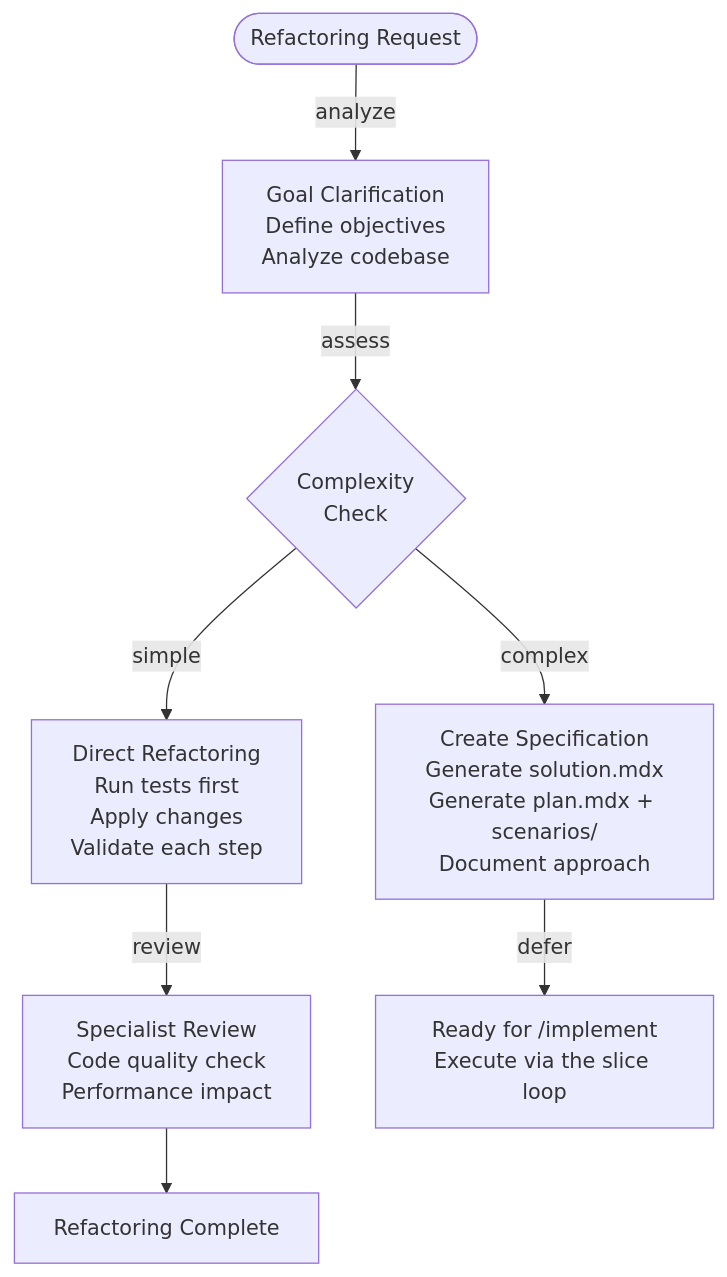
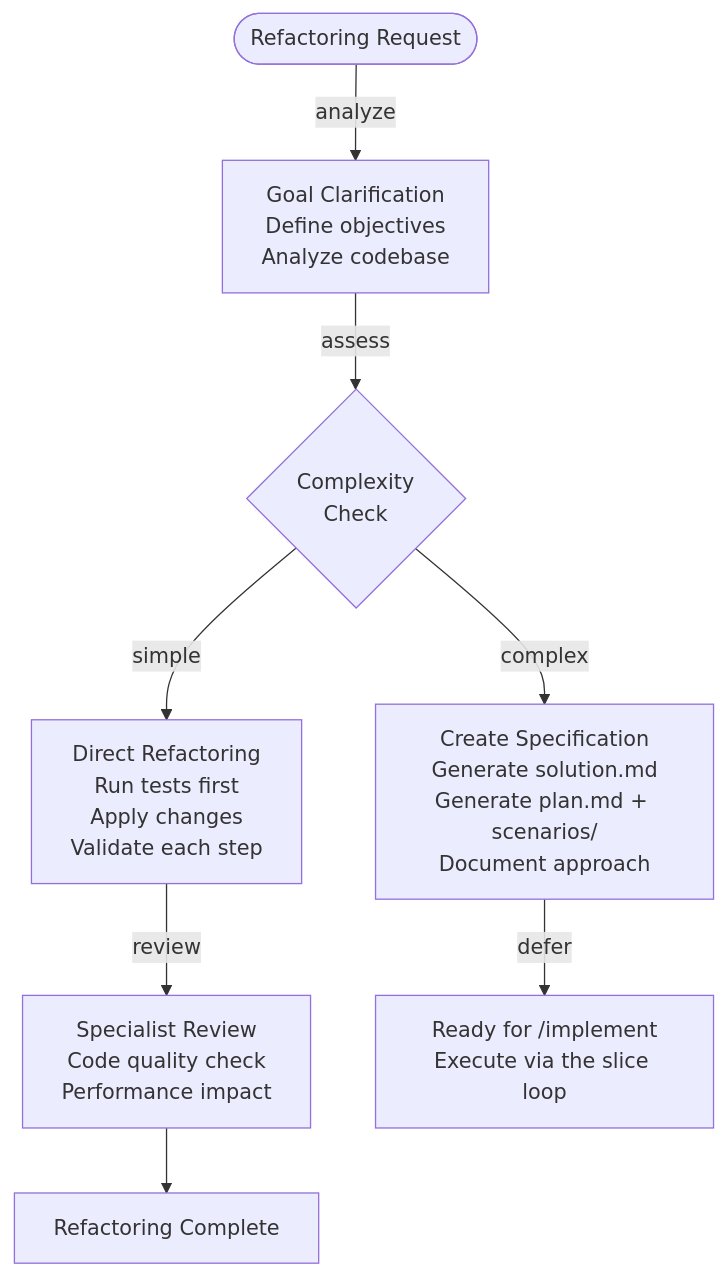
The eighth of 10 diagrams in plugins/start/README.md (rsmdt/the-startup), drawn with Mermaid before and after one commit. The commit also changed other lines of this file and 2 other files, not shown here.

````diff
--- a/plugins/start/README.md
+++ b/plugins/start/README.md
@@ -430,10 +429,10 @@
 ```mermaid
 flowchart TD
     A([Refactoring Request]) --> |analyze| B[Goal Clarification<br/>Define objectives<br/>Analyze codebase]
     B --> |assess| C{Complexity<br>Check}
     C --> |simple| D[Direct Refactoring<br/>Run tests first<br/>Apply changes<br/>Validate each step]
     D --> |review| E[Specialist Review<br/>Code quality check<br/>Performance impact]
     E --> DONE[Refactoring Complete]
-    C --> |complex| F[Create Specification<br/>Generate solution.mdx<br/>Generate plan.mdx + scenarios/<br/>Document approach]
+    C --> |complex| F[Create Specification<br/>Generate solution.md<br/>Generate plan.md + scenarios/<br/>Document approach]
     F --> |defer| G[Ready for /implement<br/>Execute via the slice loop]
 ```
````
